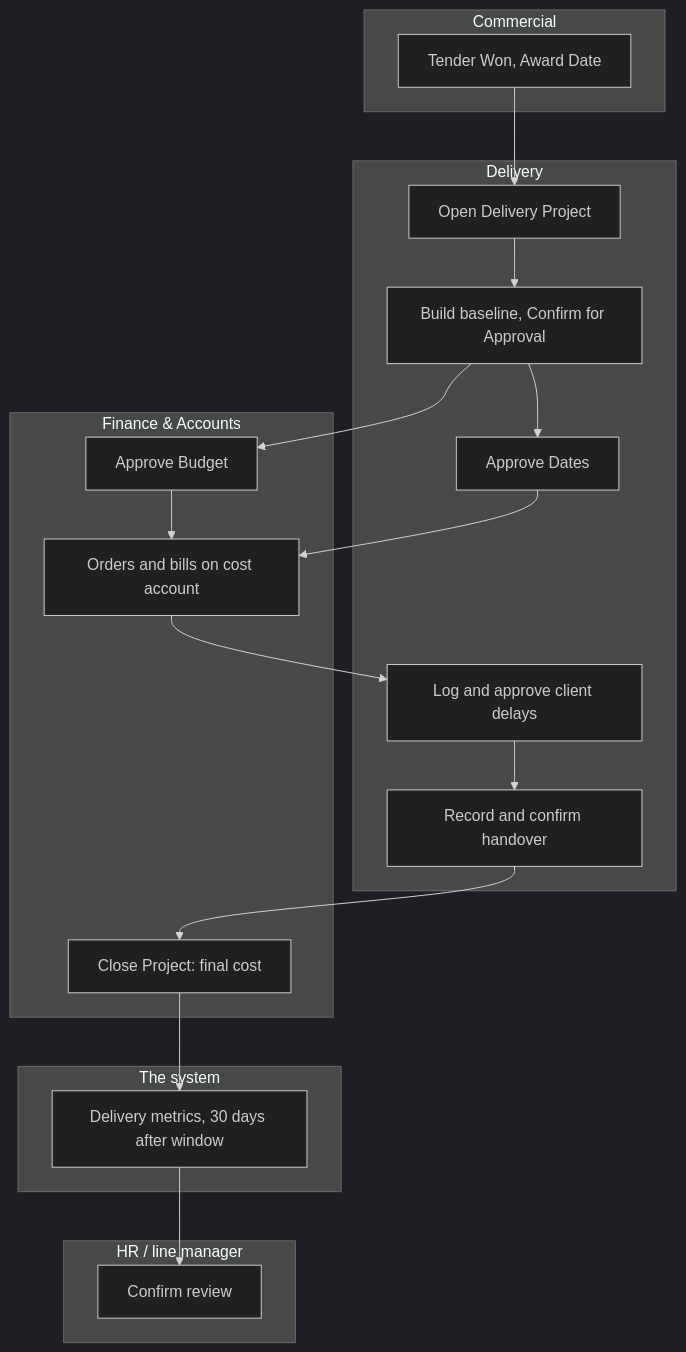
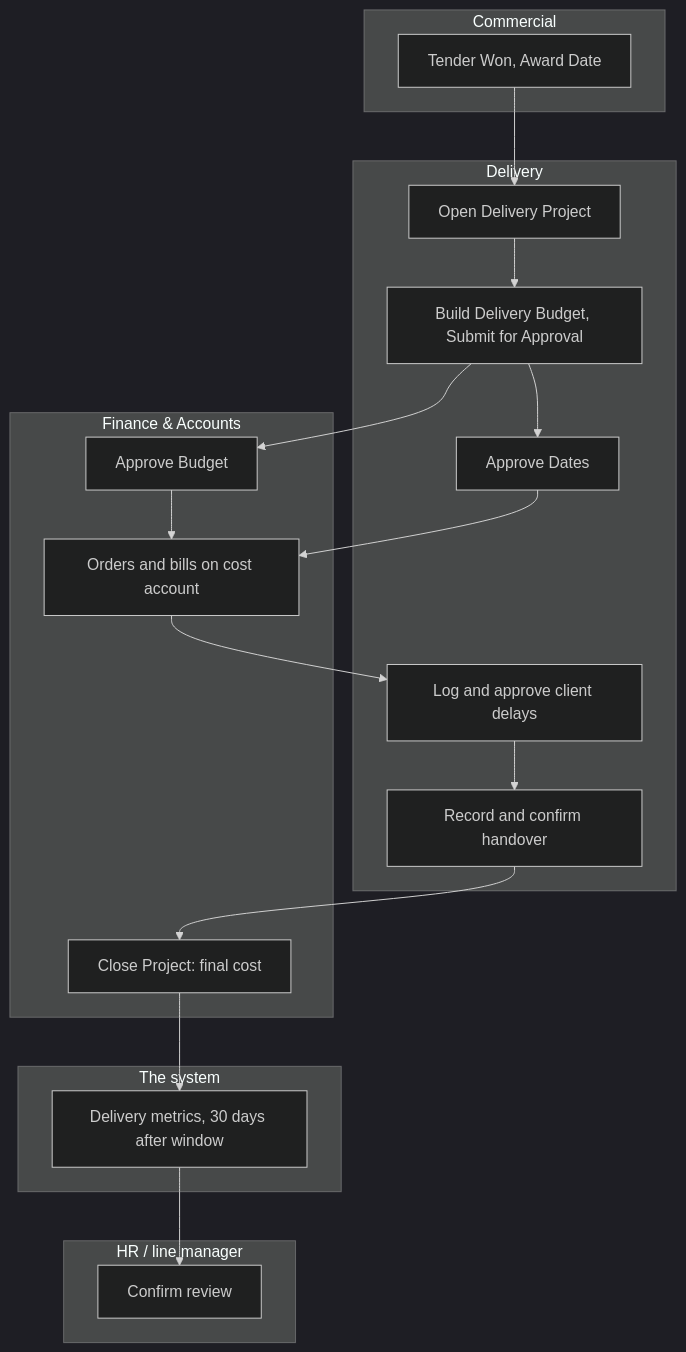
The diagram in training-portal/src/content/docs/end-to-end/project-to-delivery-kpi.mdx (dennokorir/tritel_erp_training), drawn with Mermaid (dark theme) before and after one commit. The commit also changed other lines of this file and 146 other files, not shown here.

First line of the commit message:
docs(training-portal): Project Delivery sync to tritel-addons 5d691a8 (Delivery Budgets, project codes, budget commitments)

````diff
--- a/training-portal/src/content/docs/end-to-end/project-to-delivery-kpi.mdx
+++ b/training-portal/src/content/docs/end-to-end/project-to-delivery-kpi.mdx
@@ -66,29 +71,29 @@
 ```mermaid
 flowchart TD
 %% docs-sync: shows crm_tender:group:group_manager, tritel_accountability_framework:menu:menu_accountability_metrics, tritel_project_delivery:field:project.project.award_date, tritel_project_delivery:field:project.project.client_delay_ids, tritel_project_delivery:menu:menu_delivery_client_delays, tritel_project_delivery:menu:menu_delivery_config, tritel_project_delivery:menu:menu_delivery_root, tritel_project_delivery:selection:project.project.delivery_baseline_state, tritel_project_delivery:selection:project.project.handover_state, tritel_project_delivery:view_ext:analytic.view_account_analytic_account_form:button:delivery-project, tritel_project_delivery:view_ext:project.edit_project:button:close-project, tritel_project_delivery:view_ext:project.edit_project:button:cost-account, tritel_project_delivery:view_ext:project.edit_project:button:handover, tritel_project_delivery:view_ext:project.edit_project:page:delivery, tritel_project_delivery:view_ext:tritel_tender_tracker.view_tender_form:button:open-delivery-project, tritel_project_delivery:view_ext:tritel_tender_tracker.view_tender_form:field:delivery, tritel_project_delivery:wizard:delivery.cost.account.card, tritel_tender_tracker:model:tender.initial, tritel_tender_tracker:wizard:tender.summary.wizard
   subgraph COM["Commercial"]
     C1["Tender Won, Award Date"]
   end
   subgraph DEL["Delivery"]
     D1["Open Delivery Project"]
-    D2["Build baseline, Confirm for Approval"]
+    D2["Build Delivery Budget, Submit for Approval"]
     D3["Approve Dates"]
     D4["Log and approve client delays"]
     D5["Record and confirm handover"]
   end
   subgraph FIN["Finance & Accounts"]
     F1["Approve Budget"]
     F2["Orders and bills on cost account"]
     F3["Close Project: final cost"]
   end
   subgraph SYS["The system"]
     S1["Delivery metrics, 30 days after window"]
   end
   subgraph HRL["HR / line manager"]
     L1["Confirm review"]
   end
   C1 --> D1 --> D2
   D2 --> D3 --> F2
   D2 --> F1 --> F2
   F2 --> D4 --> D5 --> F3 --> S1 --> L1
 ```
````
